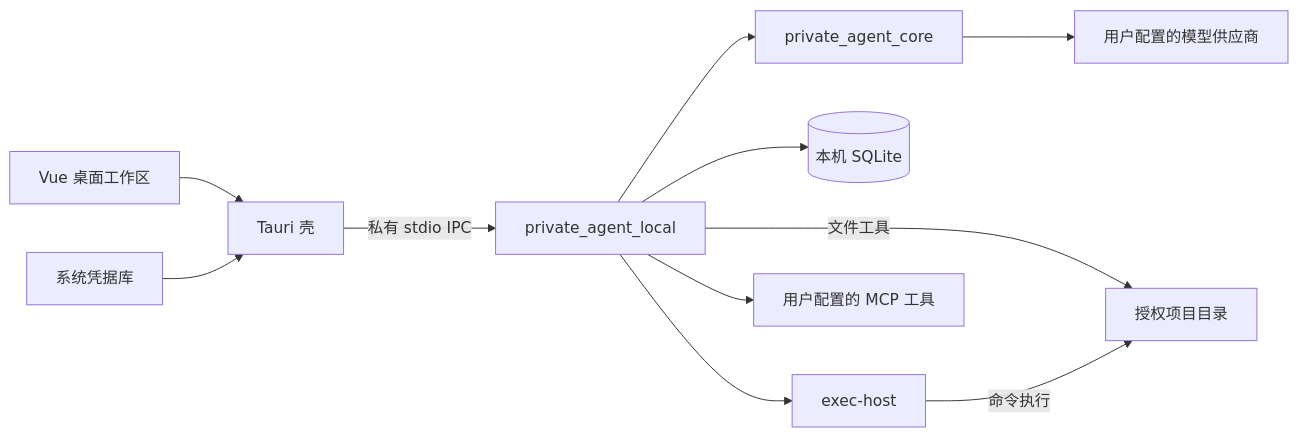
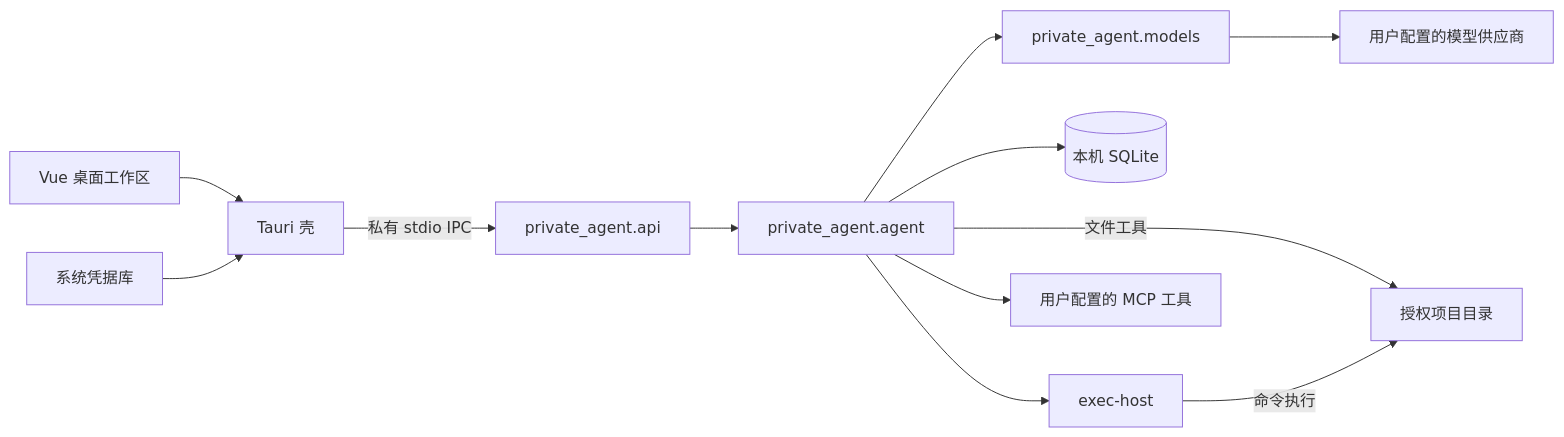
One commit to lkuliuying/PrivateAgent changed the diagram in README.md. Above: the diagram before and after it, drawn with Mermaid. The commit also changed other lines of this file and 9 other files, not shown here.

````diff
--- a/README.md
+++ b/README.md
@@ -43,13 +43,14 @@
 ```mermaid
 flowchart LR
     UI[Vue 桌面工作区] --> Shell[Tauri 壳]
-    Shell -->|私有 stdio IPC| Local[private_agent_local]
-    Local --> Core[private_agent_core]
-    Core --> Provider[用户配置的模型供应商]
-    Local --> DB[(本机 SQLite)]
-    Local --> Host[exec-host]
-    Local -->|文件工具| Project[授权项目目录]
+    Shell -->|私有 stdio IPC| API[private_agent.api]
+    API --> Agent[private_agent.agent]
+    Agent --> Models[private_agent.models]
+    Models --> Provider[用户配置的模型供应商]
+    Agent --> DB[(本机 SQLite)]
+    Agent --> Host[exec-host]
+    Agent -->|文件工具| Project[授权项目目录]
     Host -->|命令执行| Project
-    Local --> MCP[用户配置的 MCP 工具]
+    Agent --> MCP[用户配置的 MCP 工具]
     Keyring[系统凭据库] --> Shell
 ```
````
